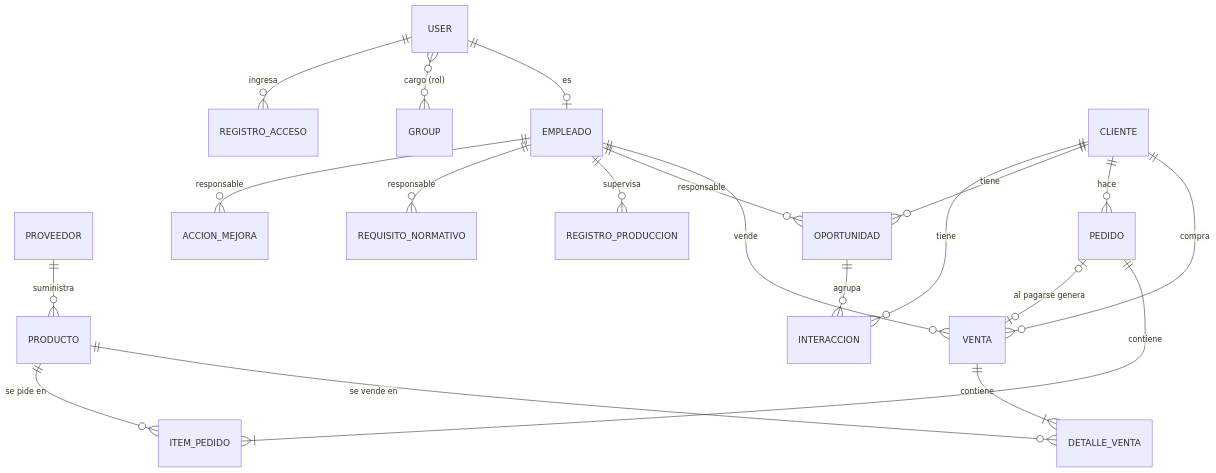
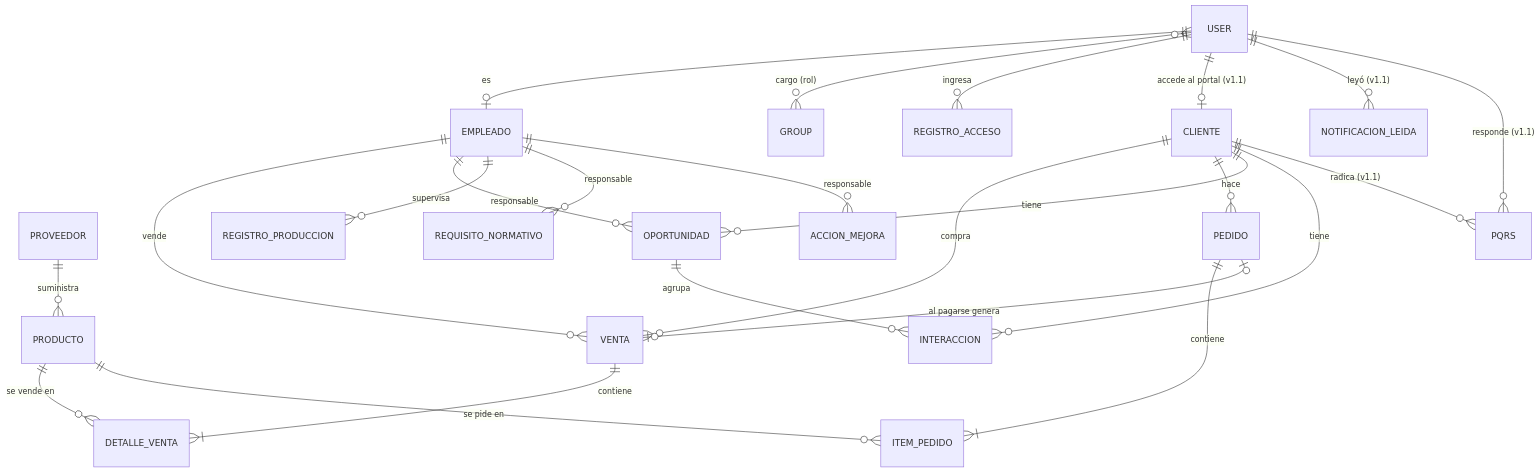
The diagram in docs/02-base-de-datos.md (jfor26/mining-star), drawn with Mermaid before and after one commit. The commit also changed other lines of this file and 6 other files, not shown here.

````diff
--- a/docs/02-base-de-datos.md
+++ b/docs/02-base-de-datos.md
@@ -7,22 +7,26 @@
 ```mermaid
 erDiagram
   USER ||--o| EMPLEADO : "es"
   USER }o--o{ GROUP : "cargo (rol)"
   USER ||--o{ REGISTRO_ACCESO : "ingresa"
   PROVEEDOR ||--o{ PRODUCTO : "suministra"
   CLIENTE ||--o{ VENTA : "compra"
   EMPLEADO ||--o{ VENTA : "vende"
   VENTA ||--|{ DETALLE_VENTA : "contiene"
   PRODUCTO ||--o{ DETALLE_VENTA : "se vende en"
   CLIENTE ||--o{ PEDIDO : "hace"
   PEDIDO ||--|{ ITEM_PEDIDO : "contiene"
   PRODUCTO ||--o{ ITEM_PEDIDO : "se pide en"
   PEDIDO |o--o| VENTA : "al pagarse genera"
   CLIENTE ||--o{ OPORTUNIDAD : "tiene"
   CLIENTE ||--o{ INTERACCION : "tiene"
   OPORTUNIDAD ||--o{ INTERACCION : "agrupa"
   EMPLEADO ||--o{ OPORTUNIDAD : "responsable"
   EMPLEADO ||--o{ REGISTRO_PRODUCCION : "supervisa"
   EMPLEADO ||--o{ REQUISITO_NORMATIVO : "responsable"
   EMPLEADO ||--o{ ACCION_MEJORA : "responsable"
+  USER ||--o| CLIENTE : "accede al portal (v1.1)"
+  USER ||--o{ NOTIFICACION_LEIDA : "leyó (v1.1)"
+  CLIENTE ||--o{ PQRS : "radica (v1.1)"
+  USER ||--o{ PQRS : "responde (v1.1)"
 ```
````
